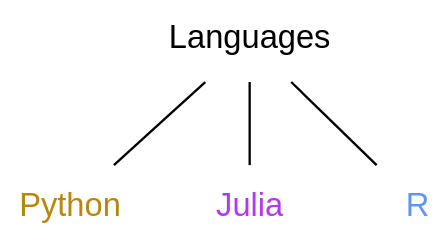
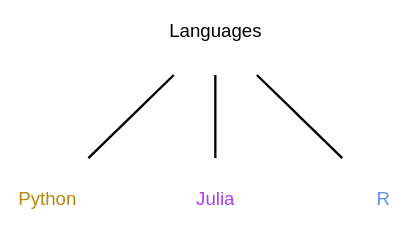
One commit to WestDRI/arc-training changed the third of 24 diagrams in ai/wb_frameworks_content.qmd. Above: the diagram before and after it, drawn with Graphviz. The commit also changed other lines of this file and 2 other files, not shown here.

````diff
--- a/ai/wb_frameworks_content.qmd
+++ b/ai/wb_frameworks_content.qmd
@@ -60,16 +62,16 @@
 ```{dot}
 //| echo: false
 
 strict graph {
 
 bgcolor="transparent"
-node [fontname="Inconsolata, sans-serif", shape=plaintext]
+node [fontname="Inconsolata, sans-serif", shape=plaintext, fontsize=8]
 
 Python [fontcolor=darkgoldenrod, URL="https://www.python.org/"]
 Julia [fontcolor=darkorchid2, URL="https://julialang.org/"]
 R [fontcolor=cornflowerblue, URL="https://www.r-project.org/"]
 
 Languages -- {Python Julia R}
 
 }
 ```
````
